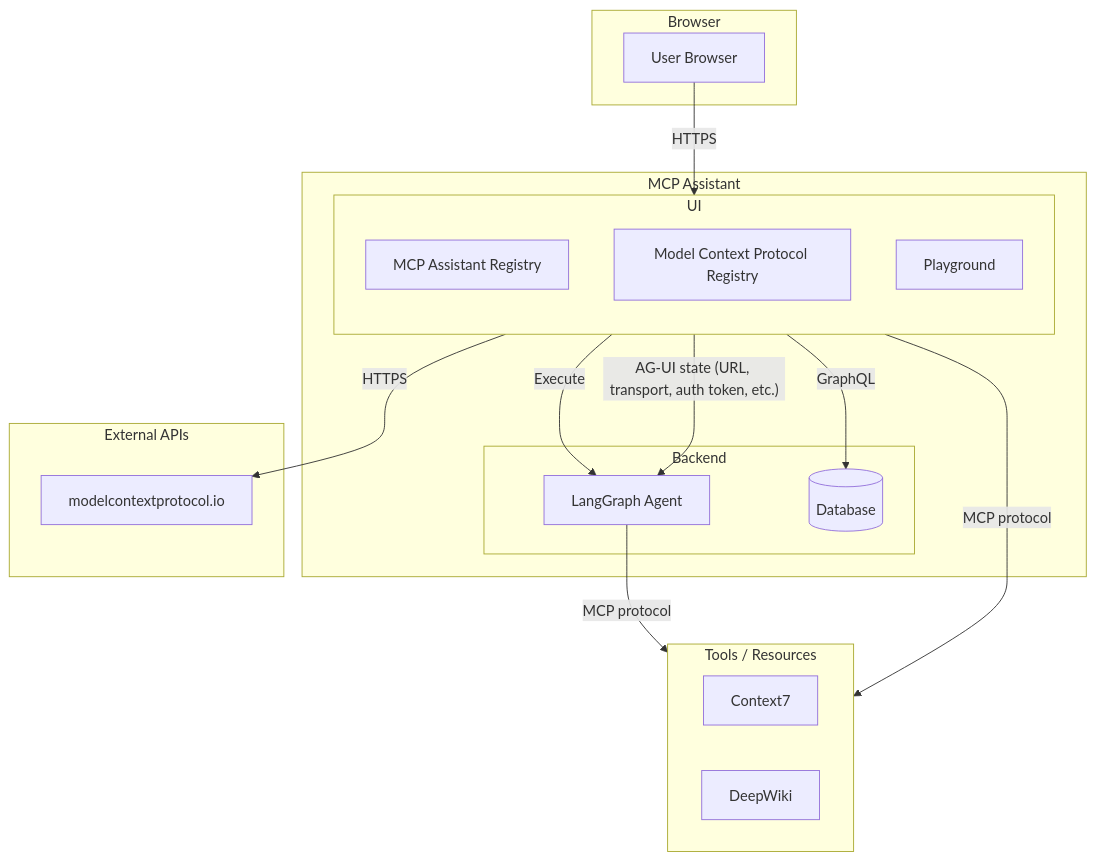
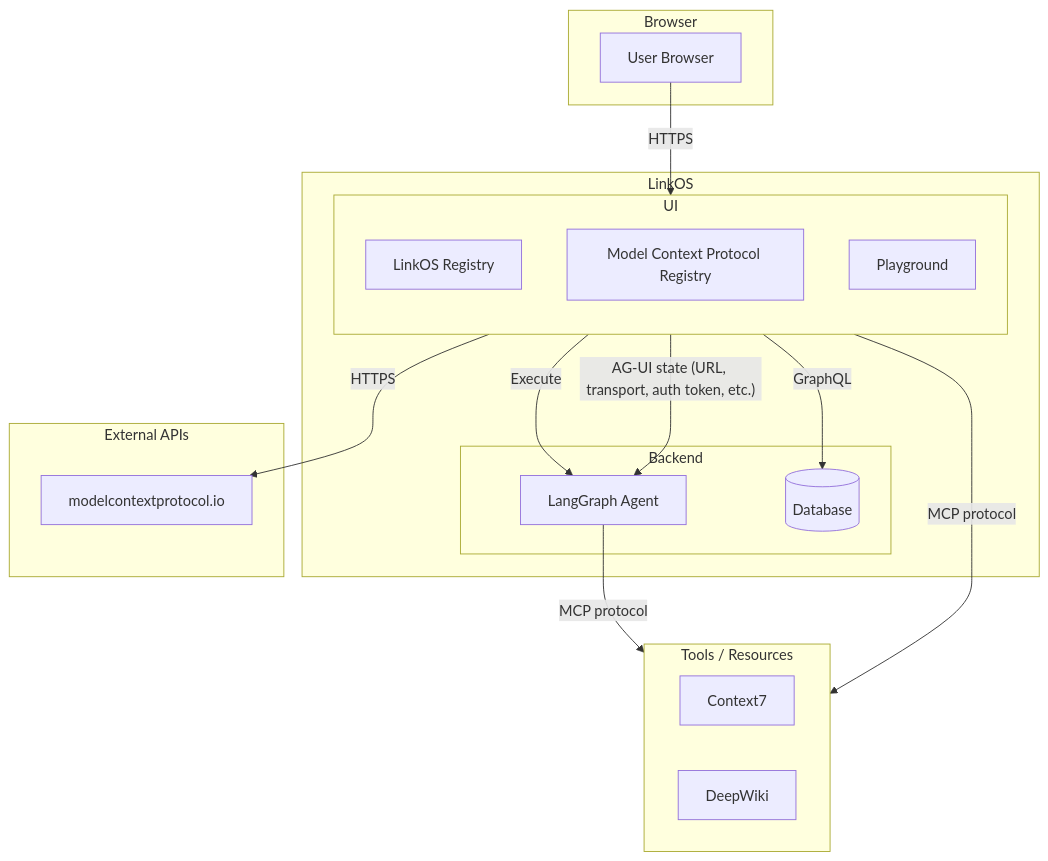
Before and after one commit to zonlabs/mcp-ts: the diagram in app/README.md, drawn with Mermaid. The commit also changed other lines of this file and 54 other files, not shown here.

First line of the commit message:
refactor: rename MCP Assistant to LinkOS across the codebase

````diff
--- a/app/README.md
+++ b/app/README.md
@@ -34,37 +34,37 @@
 ```mermaid
 flowchart TD
     subgraph Browser["Browser"]
         B[User Browser]
     end
 
-    subgraph MCPA["MCP Assistant"]
+    subgraph MCPA["LinkOS"]
         subgraph UI["UI"]
             direction TB
-            MAR["MCP Assistant Registry"]
+            MAR["LinkOS Registry"]
             MPR["Model Context Protocol Registry"]
             PG["Playground"]
         end
 
         subgraph Backend["Backend"]
             LA["LangGraph Agent"]
             DB[("Database")]
         end
     end
 
     subgraph External["External APIs"]
         MCP_IO["modelcontextprotocol.io"]
     end
 
     subgraph ToolsResources["Tools / Resources"]
         C7["Context7"]
         DW["DeepWiki"]
     end
 
     B -- "HTTPS" --> UI
     MAR -- "GraphQL" --> DB
     PG -- "Execute" --> LA
     MPR -- "HTTPS" --> MCP_IO
     PG -- "AG-UI state (URL, transport, auth token, etc.)" --> LA
     UI -- "MCP protocol" --> ToolsResources
     LA -- "MCP protocol" --> ToolsResources
 ```
````
